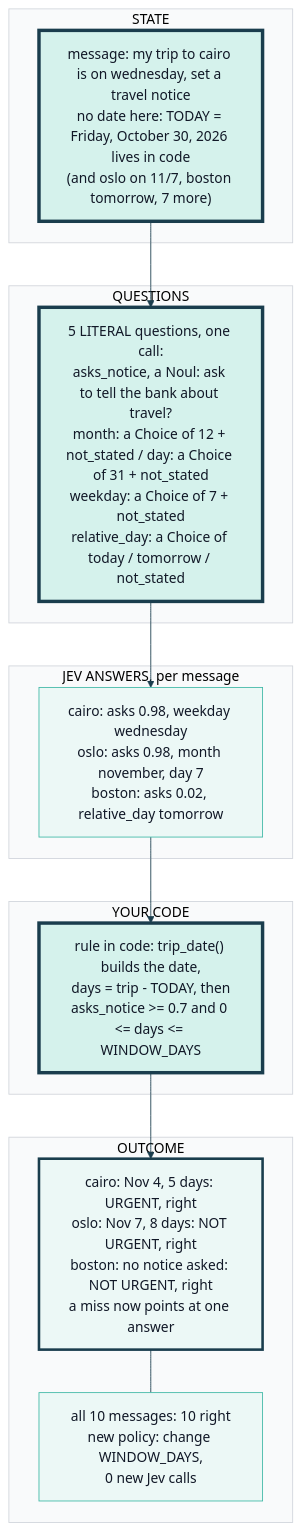
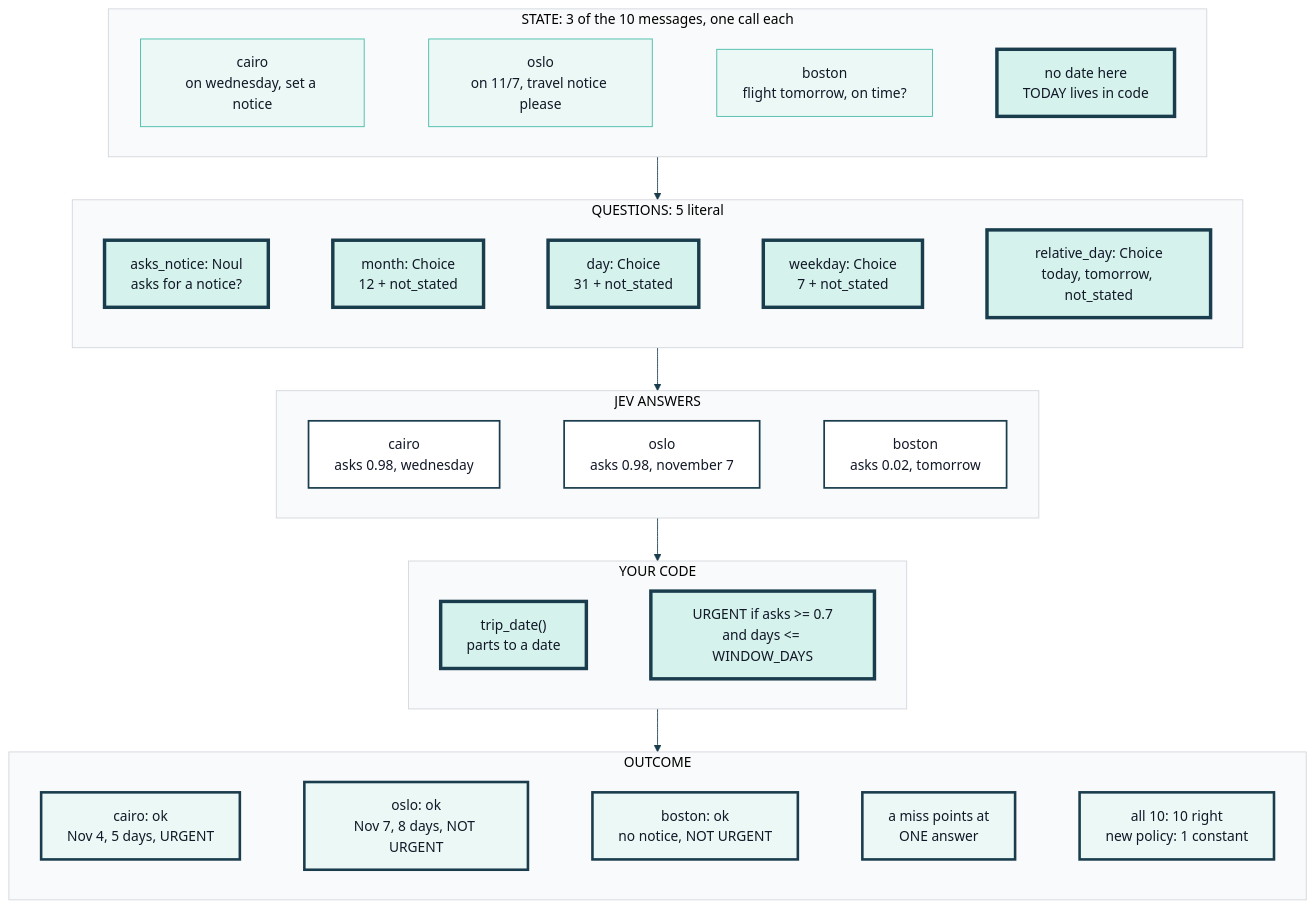
One commit to axel-sirota/getting_started_jev changed the diagram in course/diagrams/module_02/p1-solution-literal-questions.mmd. Above: the diagram before and after it, drawn with Mermaid. The commit also changed 75 other files, not shown here.

Commit message:
Modules 1 and 2: visual pass (figures redrawn to read-at-a-glance limits, demo charts, lab maps, prose cut)

```diff
--- a/course/diagrams/module_02/p1-solution-literal-questions.mmd
+++ b/course/diagrams/module_02/p1-solution-literal-questions.mmd
@@ -1,28 +1,49 @@
 %%{init: {"theme": "base", "themeVariables": {"fontFamily": "Inter, sans-serif", "primaryColor": "#ECF8F6", "primaryBorderColor": "#40B8A6", "primaryTextColor": "#111827", "lineColor": "#1A3D4D", "secondaryColor": "#F9FAFB", "tertiaryColor": "#FFFFFF", "clusterBkg": "#F9FAFB", "clusterBorder": "#D1D5DB", "actorBkg": "#ECF8F6", "actorBorder": "#40B8A6", "noteBkgColor": "#FFF6DA", "noteBorderColor": "#E0B84C"}}}%%
-flowchart TD
-  subgraph STATE["STATE"]
-    S["message: my trip to cairo is on wednesday, set a travel notice<br/>no date here: TODAY = Friday, October 30, 2026 lives in code<br/>(and oslo on 11/7, boston tomorrow, 7 more)"]
+flowchart TB
+  subgraph STATE["STATE: 3 of the 10 messages, one call each"]
+    direction LR
+    S1["cairo<br/>on wednesday, set a notice"]
+    S2["oslo<br/>on 11/7, travel notice please"]
+    S3["boston<br/>flight tomorrow, on time?"]
+    S4["no date here<br/>TODAY lives in code"]
+    S1 ~~~ S2 ~~~ S3 ~~~ S4
   end
-  subgraph QUESTIONS["QUESTIONS"]
-    Q["5 LITERAL questions, one call:<br/>asks_notice, a Noul: ask to tell the bank about travel?<br/>month: a Choice of 12 + not_stated / day: a Choice of 31 + not_stated<br/>weekday: a Choice of 7 + not_stated<br/>relative_day: a Choice of today / tomorrow / not_stated"]
+  subgraph QUESTIONS["QUESTIONS: 5 literal"]
+    direction LR
+    Q["asks_notice: Noul<br/>asks for a notice?"]
+    H1["month: Choice<br/>12 + not_stated"]
+    H2["day: Choice<br/>31 + not_stated"]
+    H3["weekday: Choice<br/>7 + not_stated"]
+    H4["relative_day: Choice<br/>today, tomorrow, not_stated"]
+    Q ~~~ H1 ~~~ H2 ~~~ H3 ~~~ H4
   end
-  subgraph ANSWERS["JEV ANSWERS, per message"]
-    A["cairo: asks 0.98, weekday wednesday<br/>oslo: asks 0.98, month november, day 7<br/>boston: asks 0.02, relative_day tomorrow"]
+  subgraph ANSWERS["JEV ANSWERS"]
+    direction LR
+    A1["cairo<br/>asks 0.98, wednesday"]
+    A2["oslo<br/>asks 0.98, november 7"]
+    A3["boston<br/>asks 0.02, tomorrow"]
+    A1 ~~~ A2 ~~~ A3
   end
   subgraph CODE["YOUR CODE"]
-    C["rule in code: trip_date() builds the date,<br/>days = trip - TODAY, then<br/>asks_notice >= 0.7 and 0 <= days <= WINDOW_DAYS"]
+    direction LR
+    C1["trip_date()<br/>parts to a date"]
+    C2["URGENT if asks >= 0.7<br/>and days <= WINDOW_DAYS"]
+    C1 ~~~ C2
   end
   subgraph OUTCOME["OUTCOME"]
-    O["cairo: Nov 4, 5 days: URGENT, right<br/>oslo: Nov 7, 8 days: NOT URGENT, right<br/>boston: no notice asked: NOT URGENT, right<br/>a miss now points at one answer"]
-    R["all 10 messages: 10 right<br/>new policy: change WINDOW_DAYS,<br/>0 new Jev calls"]
+    direction LR
+    O1["cairo: ok<br/>Nov 4, 5 days, URGENT"]
+    O2["oslo: ok<br/>Nov 7, 8 days, NOT URGENT"]
+    O3["boston: ok<br/>no notice, NOT URGENT"]
+    O4["a miss points at<br/>ONE answer"]
+    O5["all 10: 10 right<br/>new policy: 1 constant"]
+    O1 ~~~ O2 ~~~ O3 ~~~ O4 ~~~ O5
   end
-  S --> Q --> A --> C --> O
-  O --- R
+  STATE --> QUESTIONS --> ANSWERS --> CODE --> OUTCOME
 
-  classDef fail fill:#FDECEA,stroke:#B42318,stroke-width:4px
   classDef changed fill:#D5F2EC,stroke:#1A3D4D,stroke-width:4px
+  classDef score fill:#FFFFFF,stroke:#1A3D4D,stroke-width:2px
   classDef ok fill:#ECF8F6,stroke:#1A3D4D,stroke-width:3px
-  class S changed
-  class Q changed
-  class C changed
-  class O ok
+  class S4,Q,H1,H2,H3,H4,C1,C2 changed
+  class A1,A2,A3 score
+  class O1,O2,O3,O4,O5 ok
```
